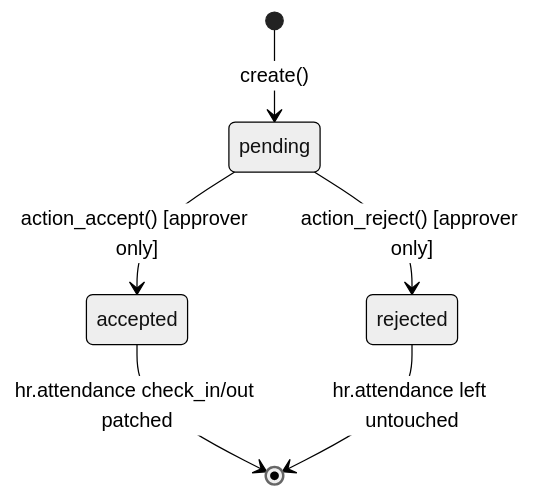
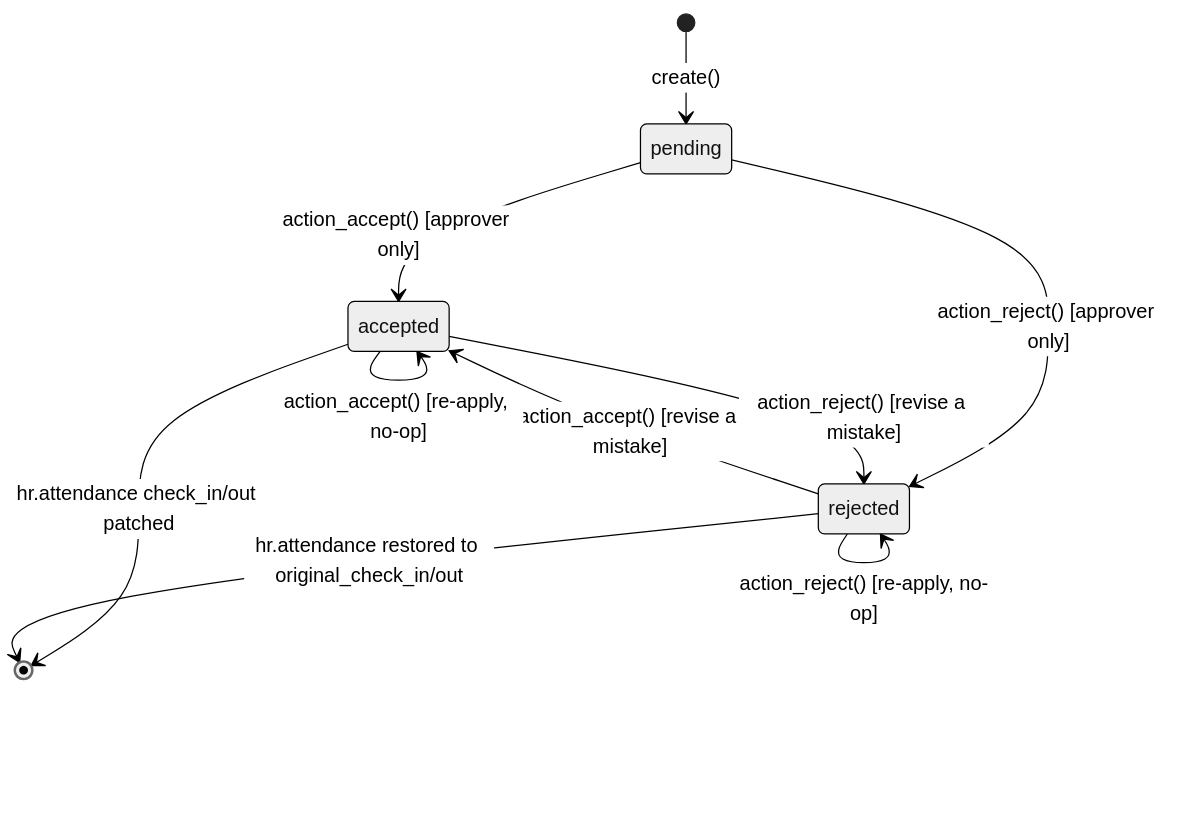
Before and after one commit to ElPuig/EMS: the first of 2 diagrams in docs/en/developers/attendance/attendance_correction.md, drawn with Mermaid (neutral theme). The commit also changed other lines of this file and 11 other files, not shown here.

````diff
--- a/docs/en/developers/attendance/attendance_correction.md
+++ b/docs/en/developers/attendance/attendance_correction.md
@@ -33,8 +37,12 @@
 ```mermaid
 stateDiagram-v2
     [*] --> pending: create()
     pending --> accepted: action_accept() [approver only]
     pending --> rejected: action_reject() [approver only]
+    accepted --> rejected: action_reject() [revise a mistake]
+    rejected --> accepted: action_accept() [revise a mistake]
+    accepted --> accepted: action_accept() [re-apply, no-op]
+    rejected --> rejected: action_reject() [re-apply, no-op]
     accepted --> [*]: hr.attendance check_in/out patched
-    rejected --> [*]: hr.attendance left untouched
+    rejected --> [*]: hr.attendance restored to original_check_in/out
 ```
````
